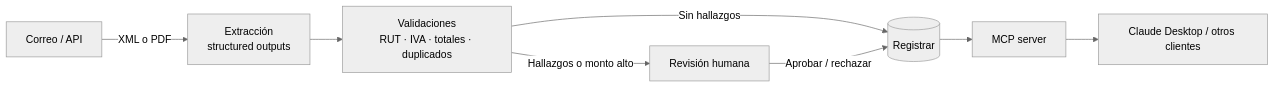
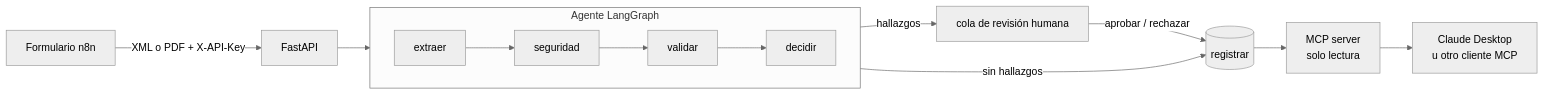
Before and after one commit to appsowner/ai-demo-dte: the diagram in README.md, drawn with Mermaid (neutral theme). The commit also changed other lines of this file, not shown here.

````diff
--- a/README.md
+++ b/README.md
@@ -21,10 +27,16 @@
 ```mermaid
 flowchart LR
-    A[Correo / API] -->|XML o PDF| B[Extracción<br/>structured outputs]
-    B --> C[Validaciones<br/>RUT · IVA · totales · duplicados]
-    C -->|Sin hallazgos| D[(Registrar)]
-    C -->|Hallazgos o monto alto| E[Revisión humana]
-    E -->|Aprobar / rechazar| D
-    D --> F[MCP server]
-    F --> G[Claude Desktop / otros clientes]
+    F[Formulario n8n] -->|XML o PDF + X-API-Key| API[FastAPI]
+    API --> G
+
+    subgraph G[Agente LangGraph]
+        direction LR
+        X[extraer] --> S[seguridad] --> V[validar] --> D[decidir]
+    end
+
+    D -->|sin hallazgos| R[(registrar)]
+    D -->|hallazgos| E[cola de revisión humana]
+    E -->|aprobar / rechazar| R
+    R --> M[MCP server<br/>solo lectura]
+    M --> C[Claude Desktop<br/>u otro cliente MCP]
 ```
````
